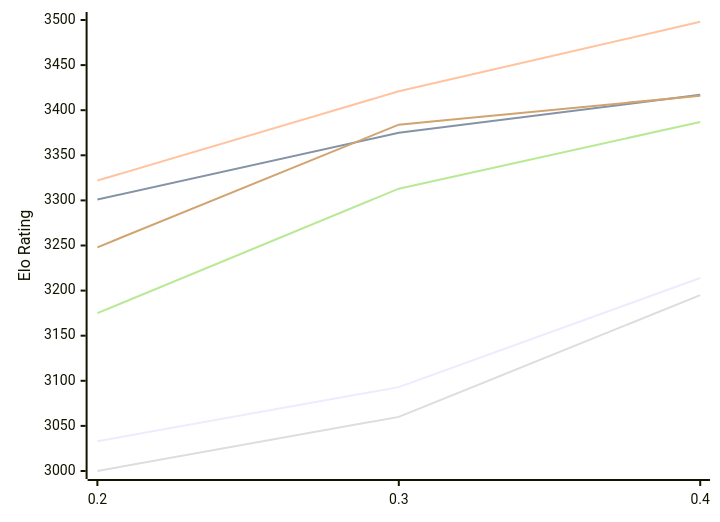
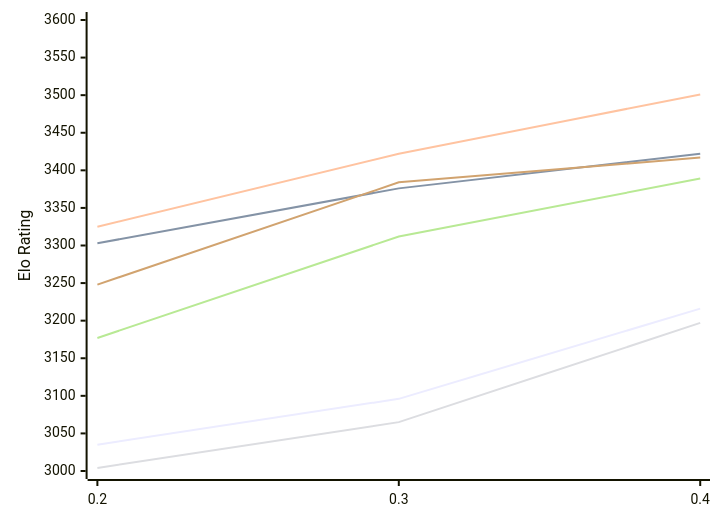
The diagram in engines/StockDory.md (computer-chess-index/cci), drawn with Mermaid before and after one commit. The commit also changed other lines of this file, not shown here.

Commit message:
Update CCI Ratings (ELO VLTC) - 2026-11-17

````diff
--- a/engines/StockDory.md
+++ b/engines/StockDory.md
@@ -51,12 +51,12 @@
 ```mermaid
 %%{init: {"theme":"base","themeVariables":{"seriesColors:['#a3a3a3','#222221','#faa371']}}}%%
 xychart-beta
   x-axis ["0.2", "0.3", "0.4"]
-  y-axis "Elo Rating" 3000 --> 3500
-  line "E1: STC (8.0+0.08s)" [3033, 3093, 3214]
-  line "E1: LTC (60.0+0.60s)" [3301, 3375, 3417]
-  line "E1: VLTC (2m24s+1.12s)" [3322, 3421, 3498]
-  line "P1: STC (8.0+0.08s)" [3000, 3060, 3195]
-  line "P1: LTC (60.0+0.60s)" [3175, 3313, 3387]
-  line "P1: VLTC (2m24s+1.12s)" [3248, 3384, 3416]
+  y-axis "Elo Rating" 3000 --> 3600
+  line "E1: STC (8.0+0.08s)" [3035, 3096, 3216]
+  line "E1: LTC (60.0+0.60s)" [3303, 3376, 3422]
+  line "E1: VLTC (2m24s+1.12s)" [3325, 3422, 3501]
+  line "P1: STC (8.0+0.08s)" [3004, 3065, 3197]
+  line "P1: LTC (60.0+0.60s)" [3177, 3312, 3389]
+  line "P1: VLTC (2m24s+1.12s)" [3248, 3384, 3417]
 ```
````
